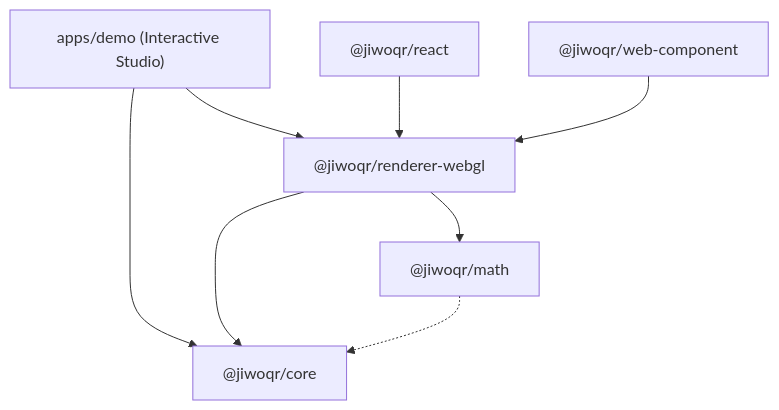
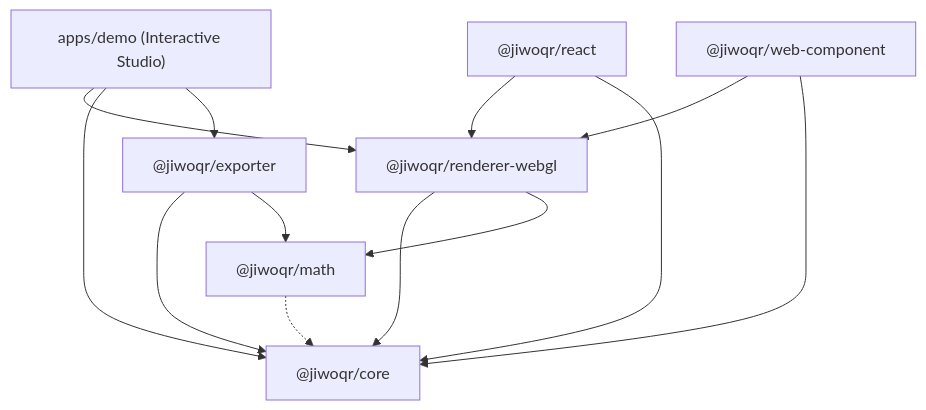
Before and after one commit to y7thangeru/jiwoQR: the diagram in README.md, drawn with Mermaid. The commit also changed other lines of this file and 42 other files, not shown here.

````diff
--- a/README.md
+++ b/README.md
@@ -128,17 +166,23 @@
 ```mermaid
 graph TD
     apps_demo["apps/demo (Interactive Studio)"]
     pkg_react["@jiwoqr/react"]
     pkg_wc["@jiwoqr/web-component"]
+    pkg_exporter["@jiwoqr/exporter"]
     pkg_webgl["@jiwoqr/renderer-webgl"]
     pkg_math["@jiwoqr/math"]
     pkg_core["@jiwoqr/core"]
 
     apps_demo --> pkg_webgl
     apps_demo --> pkg_core
+    apps_demo --> pkg_exporter
     pkg_react --> pkg_webgl
+    pkg_react --> pkg_core
     pkg_wc --> pkg_webgl
+    pkg_wc --> pkg_core
+    pkg_exporter --> pkg_core
+    pkg_exporter --> pkg_math
     pkg_webgl --> pkg_core
     pkg_webgl --> pkg_math
     pkg_math -.-> pkg_core
 ```
````
